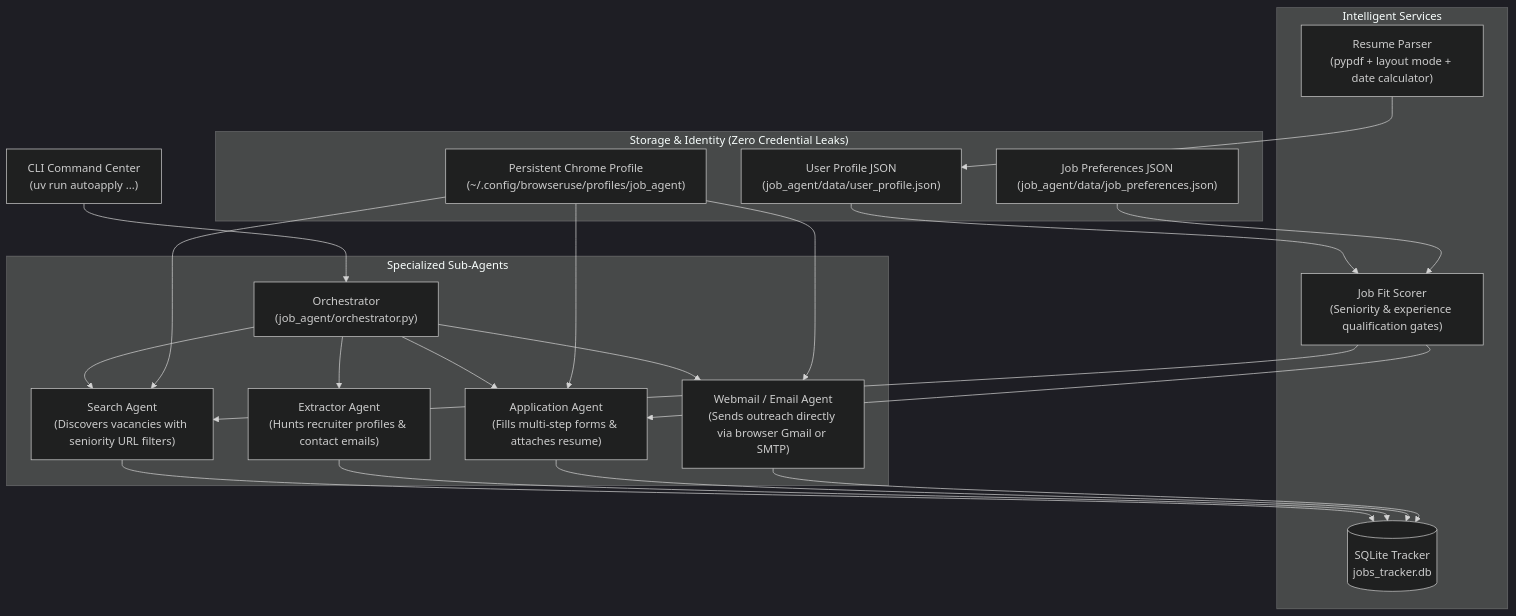
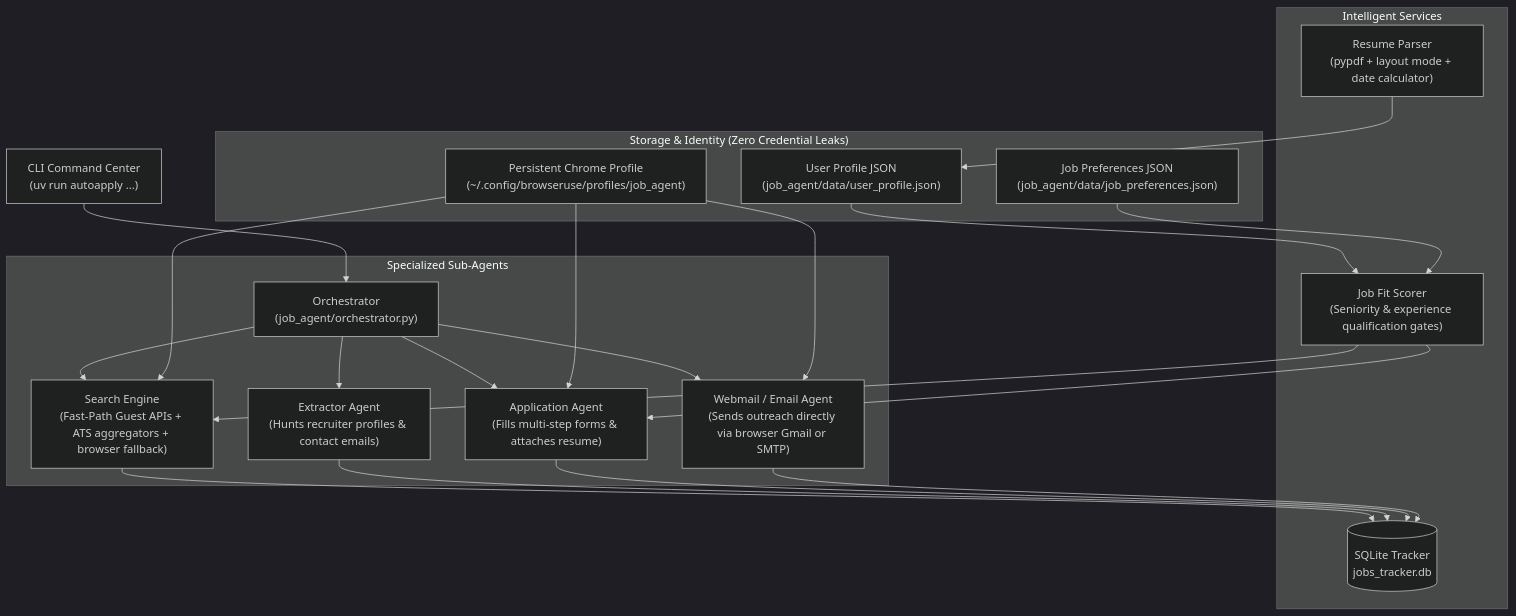
The diagram in job_agent/README.md (Abhishekkkk-15/autoapply), drawn with Mermaid (dark theme) before and after one commit. The commit also changed other lines of this file and 11 other files, not shown here.

Commit message:
feat: integrate pure-Python fast-search engine (LinkedIn guest API + ATS aggregators)

````diff
--- a/job_agent/README.md
+++ b/job_agent/README.md
@@ -11,29 +11,29 @@
 ```mermaid
 flowchart TD
     CLI["CLI Command Center\n(uv run autoapply ...)"] --> ORCH["Orchestrator\n(job_agent/orchestrator.py)"]
     
     subgraph "Intelligent Services"
         RP["Resume Parser\n(pypdf + layout mode + date calculator)"]
         FS["Job Fit Scorer\n(Seniority & experience qualification gates)"]
         JT[("SQLite Tracker\njobs_tracker.db")]
     end
 
     subgraph "Specialized Sub-Agents"
-        ORCH --> SA["Search Agent\n(Discovers vacancies with seniority URL filters)"]
+        ORCH --> SA["Search Engine\n(Fast-Path Guest APIs + ATS aggregators + browser fallback)"]
         ORCH --> EA["Extractor Agent\n(Hunts recruiter profiles & contact emails)"]
         ORCH --> AA["Application Agent\n(Fills multi-step forms & attaches resume)"]
         ORCH --> OA["Webmail / Email Agent\n(Sends outreach directly via browser Gmail or SMTP)"]
     end
 
     subgraph "Storage & Identity (Zero Credential Leaks)"
         CP["User Profile JSON\n(job_agent/data/user_profile.json)"]
         JP["Job Preferences JSON\n(job_agent/data/job_preferences.json)"]
         CD["Persistent Chrome Profile\n(~/.config/browseruse/profiles/job_agent)"]
     end
 
     RP --> CP
     CP & JP --> FS
     FS --> SA & AA
     CD --> SA & AA & OA
     SA & EA & AA & OA --> JT
 ```
````
